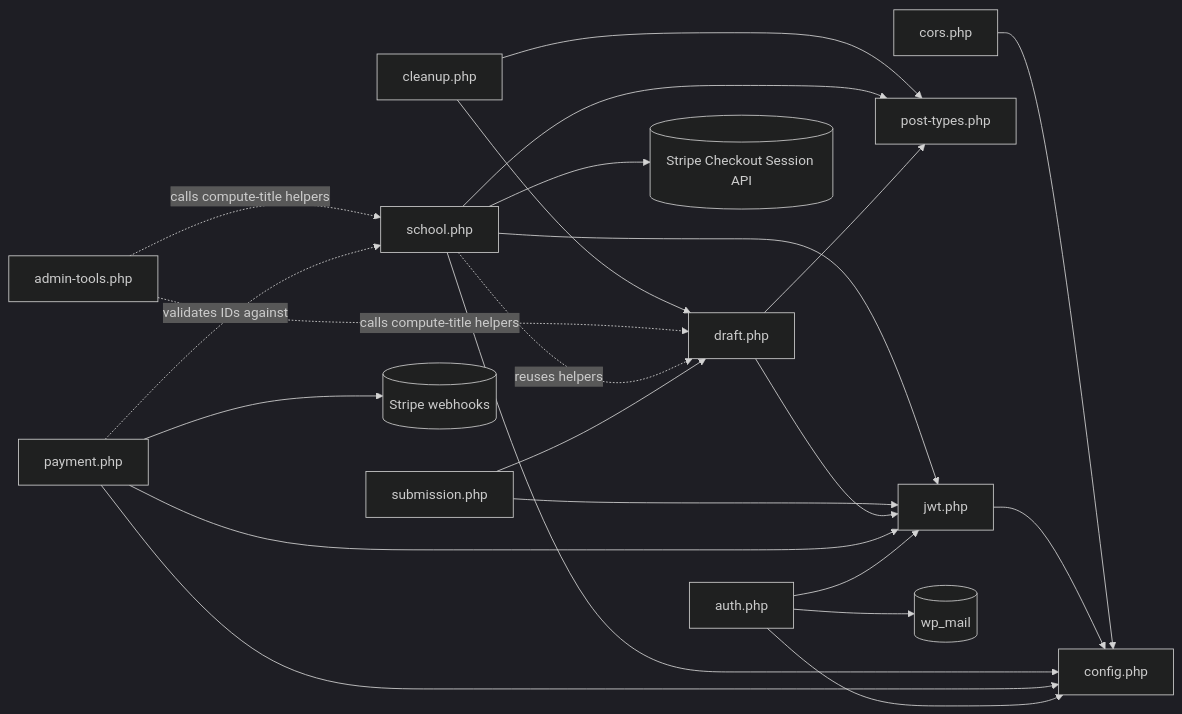
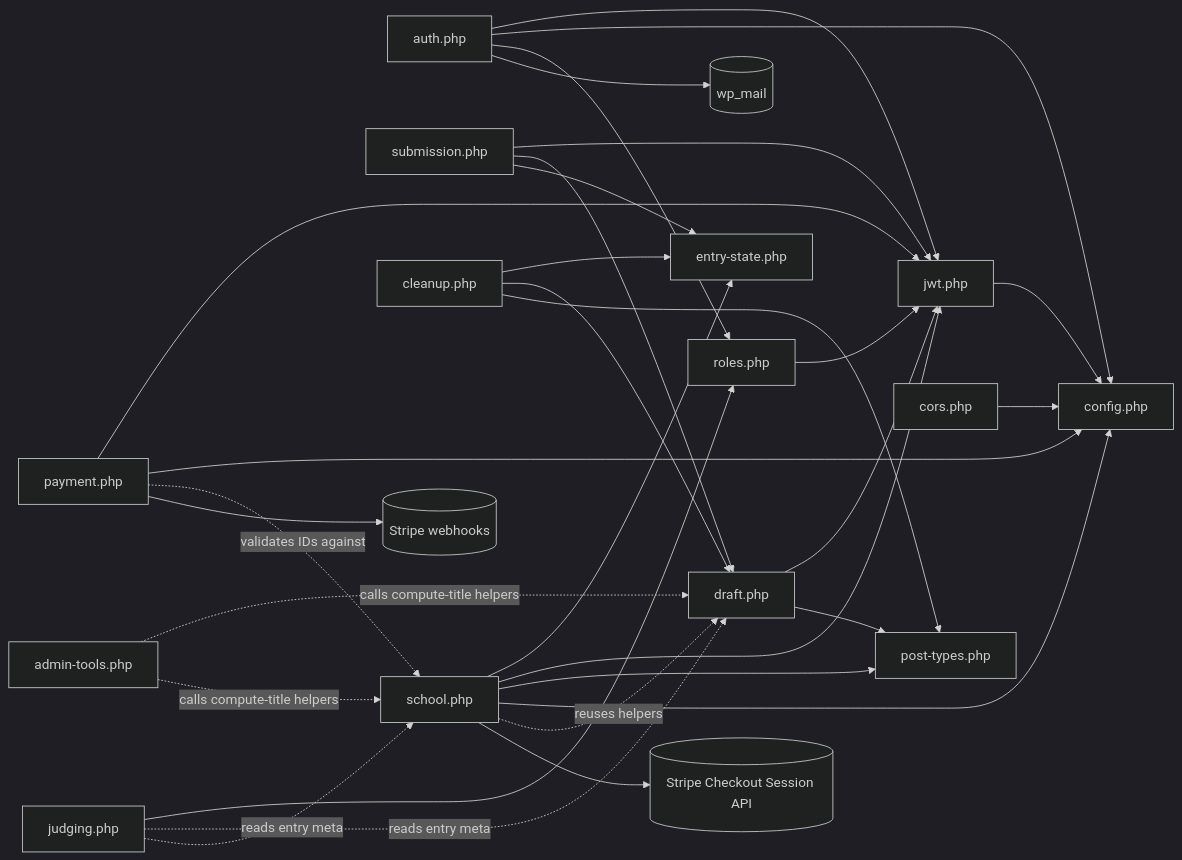
The diagram in docs/codebase/plugin/umg-photo-contest/includes/README.md (huuaho/umg-headless), drawn with Mermaid (dark theme) before and after one commit. The commit also changed other lines of this file and 64 other files, not shown here.

````diff
--- a/docs/codebase/plugin/umg-photo-contest/includes/README.md
+++ b/docs/codebase/plugin/umg-photo-contest/includes/README.md
@@ -21,25 +24,33 @@
 ```mermaid
 graph LR
   auth[auth.php] --> jwt[jwt.php]
   auth --> config[config.php]
   payment[payment.php] --> jwt
   payment --> config
   draft[draft.php] --> jwt
   draft --> cpt[post-types.php]
   submission[submission.php] --> jwt
   submission --> draft
+  submission --> state[entry-state.php]
+  school --> state
+  cleanup --> state
+  roles[roles.php] --> jwt
+  auth --> roles
+  judging[judging.php] --> roles
+  judging -.reads entry meta.-> draft
+  judging -.reads entry meta.-> school
   school[school.php] --> jwt
   school --> cpt
   school --> config
   school -.reuses helpers.-> draft
   payment -.validates IDs against.-> school
   admin[admin-tools.php] -.calls compute-title helpers.-> draft
   admin -.calls compute-title helpers.-> school
   cleanup[cleanup.php] --> draft
   cleanup --> cpt
   jwt --> config
   cors[cors.php] --> config
   payment --> stripe[(Stripe webhooks)]
   school --> stripe2[(Stripe Checkout Session API)]
   auth --> mail[(wp_mail)]
 ```
````
